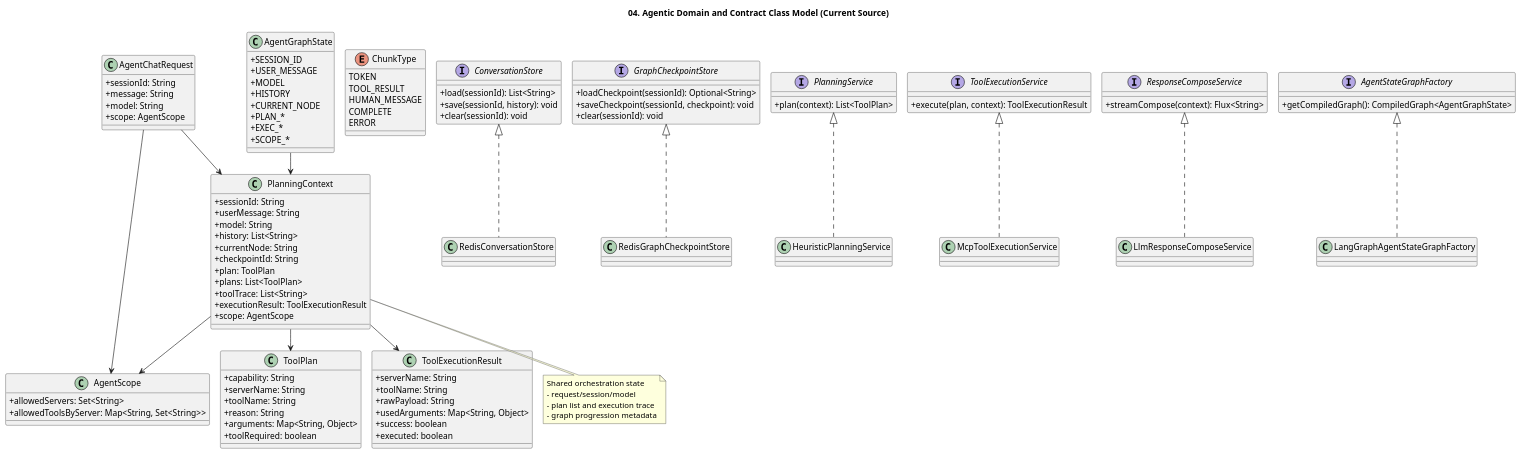
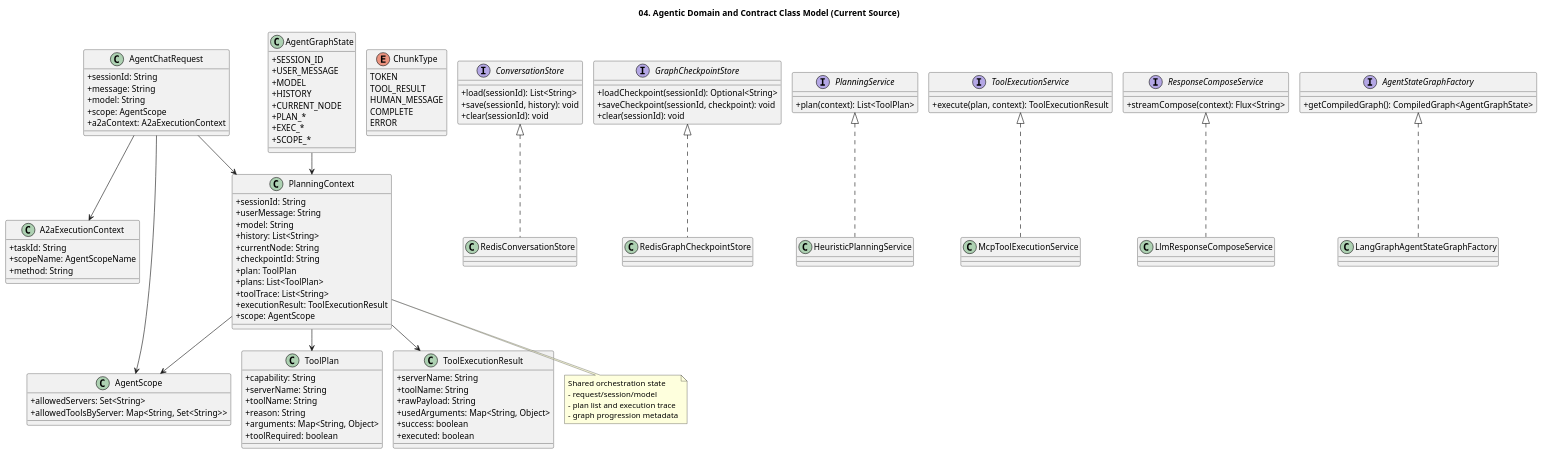
The diagram in documents/mcp-orchestrator-architecture/04-domain-class-model.puml (kim57uak/spring-ai), drawn with PlantUML before and after one commit. The commit also changed 123 other files, not shown here.

```diff
--- a/documents/mcp-orchestrator-architecture/04-domain-class-model.puml
+++ b/documents/mcp-orchestrator-architecture/04-domain-class-model.puml
@@ -1,127 +1,135 @@
 @startuml
 !pragma layout smetana
 title 04. Agentic Domain and Contract Class Model (Current Source)
 
 skinparam shadowing false
 skinparam classAttributeIconSize 0
 
 class AgentChatRequest {
   +sessionId: String
   +message: String
   +model: String
   +scope: AgentScope
+  +a2aContext: A2aExecutionContext
+}
+
+class A2aExecutionContext {
+  +taskId: String
+  +scopeName: AgentScopeName
+  +method: String
 }
 
 class AgentScope {
   +allowedServers: Set<String>
   +allowedToolsByServer: Map<String, Set<String>>
 }
 
 class PlanningContext {
   +sessionId: String
   +userMessage: String
   +model: String
   +history: List<String>
   +currentNode: String
   +checkpointId: String
   +plan: ToolPlan
   +plans: List<ToolPlan>
   +toolTrace: List<String>
   +executionResult: ToolExecutionResult
   +scope: AgentScope
 }
 
 class AgentGraphState {
   +SESSION_ID
   +USER_MESSAGE
   +MODEL
   +HISTORY
   +CURRENT_NODE
   +PLAN_*
   +EXEC_*
   +SCOPE_*
 }
 
 enum ChunkType {
   TOKEN
   TOOL_RESULT
   HUMAN_MESSAGE
   COMPLETE
   ERROR
 }
 
 class ToolPlan {
   +capability: String
   +serverName: String
   +toolName: String
   +reason: String
   +arguments: Map<String, Object>
   +toolRequired: boolean
 }
 
 class ToolExecutionResult {
   +serverName: String
   +toolName: String
   +rawPayload: String
   +usedArguments: Map<String, Object>
   +success: boolean
   +executed: boolean
 }
 
 interface ConversationStore {
   +load(sessionId): List<String>
   +save(sessionId, history): void
   +clear(sessionId): void
 }
 
 interface GraphCheckpointStore {
   +loadCheckpoint(sessionId): Optional<String>
   +saveCheckpoint(sessionId, checkpoint): void
   +clear(sessionId): void
 }
 
 interface PlanningService {
   +plan(context): List<ToolPlan>
 }
 
 interface ToolExecutionService {
   +execute(plan, context): ToolExecutionResult
 }
 
 interface ResponseComposeService {
   +streamCompose(context): Flux<String>
 }
 
 interface AgentStateGraphFactory {
   +getCompiledGraph(): CompiledGraph<AgentGraphState>
 }
 
 class RedisConversationStore
 class RedisGraphCheckpointStore
 class HeuristicPlanningService
 class McpToolExecutionService
 class LlmResponseComposeService
 class LangGraphAgentStateGraphFactory
 
 ConversationStore <|.. RedisConversationStore
 GraphCheckpointStore <|.. RedisGraphCheckpointStore
 PlanningService <|.. HeuristicPlanningService
 ToolExecutionService <|.. McpToolExecutionService
 ResponseComposeService <|.. LlmResponseComposeService
 AgentStateGraphFactory <|.. LangGraphAgentStateGraphFactory
 
 AgentChatRequest --> PlanningContext
 AgentChatRequest --> AgentScope
+AgentChatRequest --> A2aExecutionContext
 PlanningContext --> ToolPlan
 PlanningContext --> ToolExecutionResult
 PlanningContext --> AgentScope
 AgentGraphState --> PlanningContext
 
 note bottom of PlanningContext
 Shared orchestration state
 - request/session/model
 - plan list and execution trace
 - graph progression metadata
 end note
 
 @enduml
```
